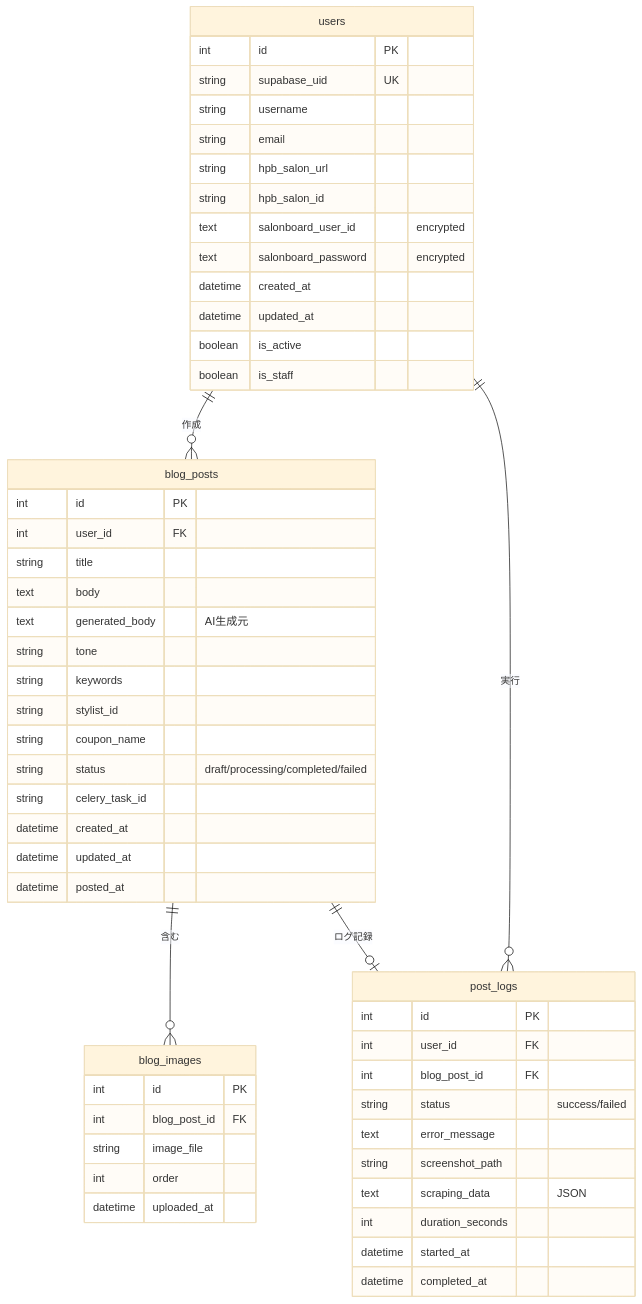
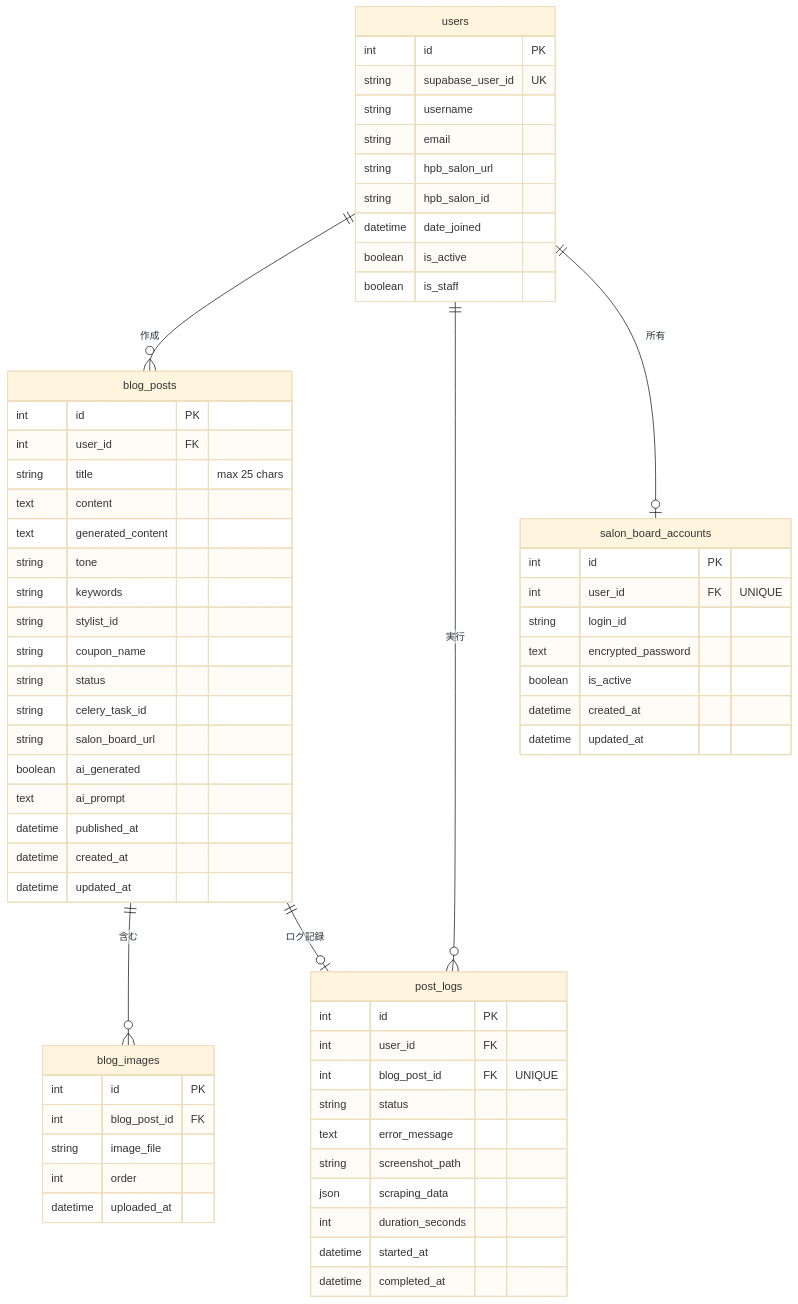
Before and after one commit to caadvisors1234/blog-automation: the diagram in docs/database_schema.md, drawn with Mermaid (base theme). The commit also changed other lines of this file and 22 other files, not shown here.

````diff
--- a/docs/database_schema.md
+++ b/docs/database_schema.md
@@ -11,60 +11,71 @@
 ```mermaid
 erDiagram
     users ||--o{ blog_posts : "作成"
     users ||--o{ post_logs : "実行"
+    users ||--o| salon_board_accounts : "所有"
     blog_posts ||--o{ blog_images : "含む"
     blog_posts ||--o| post_logs : "ログ記録"
 
     users {
         int id PK
-        string supabase_uid UK
+        string supabase_user_id UK
         string username
         string email
         string hpb_salon_url
         string hpb_salon_id
-        text salonboard_user_id "encrypted"
-        text salonboard_password "encrypted"
-        datetime created_at
-        datetime updated_at
+        datetime date_joined
         boolean is_active
         boolean is_staff
     }
 
     blog_posts {
         int id PK
         int user_id FK
-        string title
-        text body
-        text generated_body "AI生成元"
+        string title "max 25 chars"
+        text content
+        text generated_content
         string tone
         string keywords
         string stylist_id
         string coupon_name
-        string status "draft/processing/completed/failed"
+        string status
         string celery_task_id
+        string salon_board_url
+        boolean ai_generated
+        text ai_prompt
+        datetime published_at
         datetime created_at
         datetime updated_at
-        datetime posted_at
     }
 
     blog_images {
         int id PK
         int blog_post_id FK
         string image_file
         int order
         datetime uploaded_at
     }
 
     post_logs {
         int id PK
         int user_id FK
-        int blog_post_id FK
-        string status "success/failed"
+        int blog_post_id FK "UNIQUE"
+        string status
         text error_message
         string screenshot_path
-        text scraping_data "JSON"
+        json scraping_data
         int duration_seconds
         datetime started_at
         datetime completed_at
     }
+
+    salon_board_accounts {
+        int id PK
+        int user_id FK "UNIQUE"
+        string login_id
+        text encrypted_password
+        boolean is_active
+        datetime created_at
+        datetime updated_at
+    }
 ```
````
